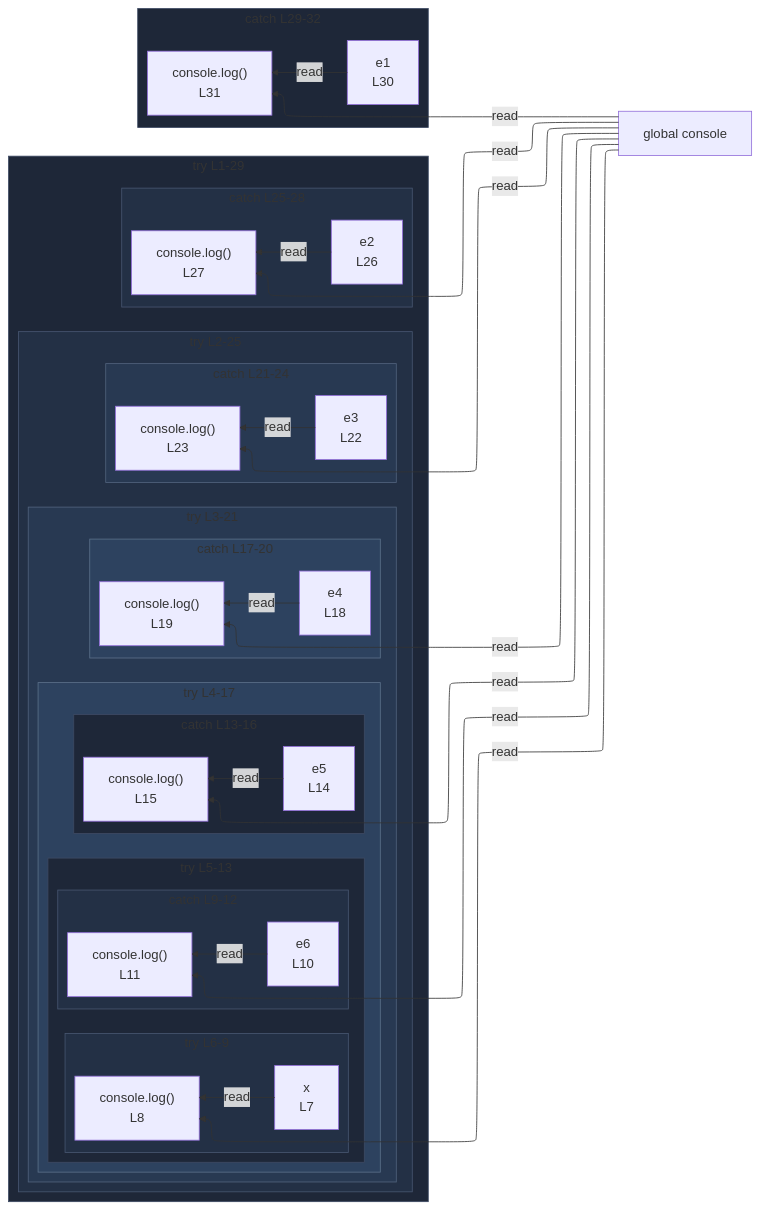
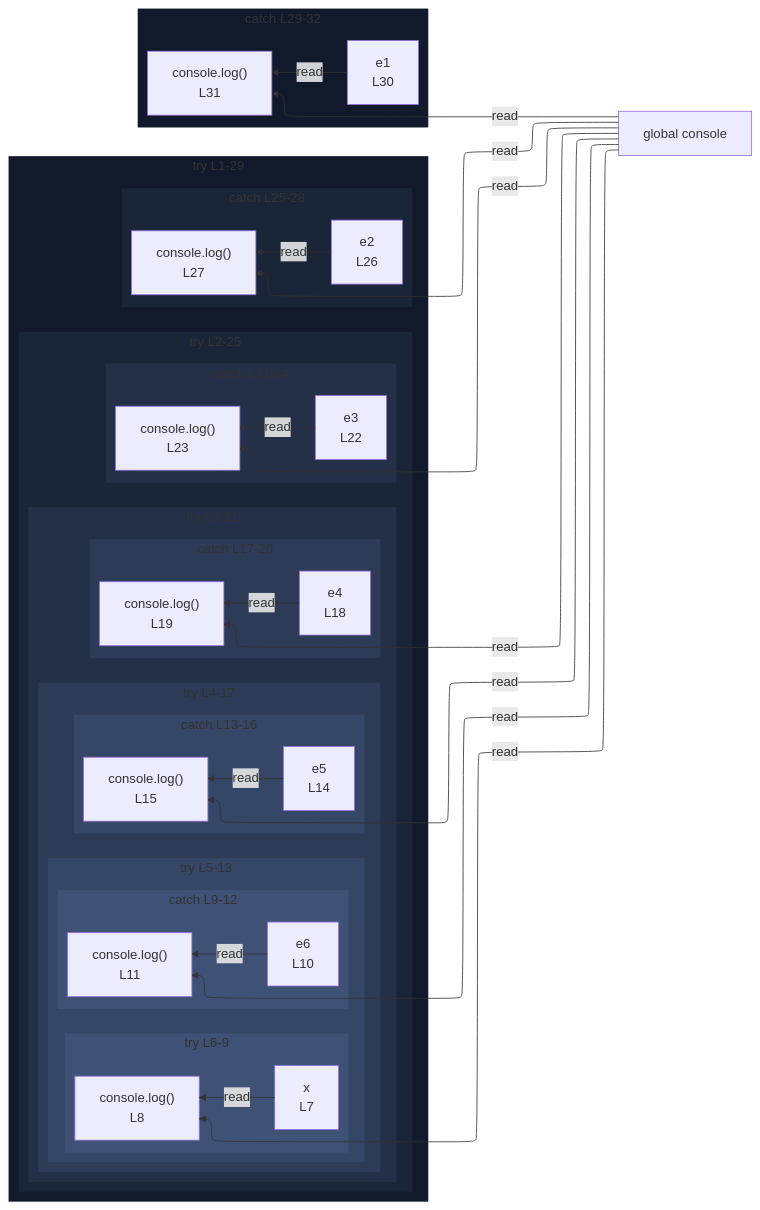
Before and after one commit to crescware/unsnarl: the diagram in integration/fixtures/app-behavior/depth/try-catch-finally/depth-6/preview.md, drawn with Mermaid. The commit also changed 263 other files, not shown here.

````diff
--- a/integration/fixtures/app-behavior/depth/try-catch-finally/depth-6/preview.md
+++ b/integration/fixtures/app-behavior/depth/try-catch-finally/depth-6/preview.md
@@ -113,20 +113,22 @@
   n_scope_11_e2_453 -->|read| expr_stmt_468
   n_scope_0_console_103 -->|read| expr_stmt_520
   n_scope_12_e1_507 -->|read| expr_stmt_520
-  classDef nestL1 fill:#1e2738,stroke:#3d4a63;
+  classDef nestL1 fill:#11192a,stroke:transparent;
   class s_scope_1 nestL1;
-  class s_scope_5 nestL1;
-  class s_scope_8 nestL1;
   class s_scope_12 nestL1;
-  classDef nestL2 fill:#233045,stroke:#475670;
+  classDef nestL2 fill:#1a2538,stroke:transparent;
   class s_scope_2 nestL2;
-  class s_scope_6 nestL2;
-  class s_scope_7 nestL2;
   class s_scope_11 nestL2;
-  classDef nestL3 fill:#283952,stroke:#51637d;
+  classDef nestL3 fill:#243047,stroke:transparent;
   class s_scope_3 nestL3;
   class s_scope_10 nestL3;
-  classDef nestL4 fill:#2d425f,stroke:#5b708a;
+  classDef nestL4 fill:#2d3b57,stroke:transparent;
   class s_scope_4 nestL4;
   class s_scope_9 nestL4;
+  classDef nestL5 fill:#364666,stroke:transparent;
+  class s_scope_5 nestL5;
+  class s_scope_8 nestL5;
+  classDef nestL6 fill:#3f5175,stroke:transparent;
+  class s_scope_6 nestL6;
+  class s_scope_7 nestL6;
 ```
````
